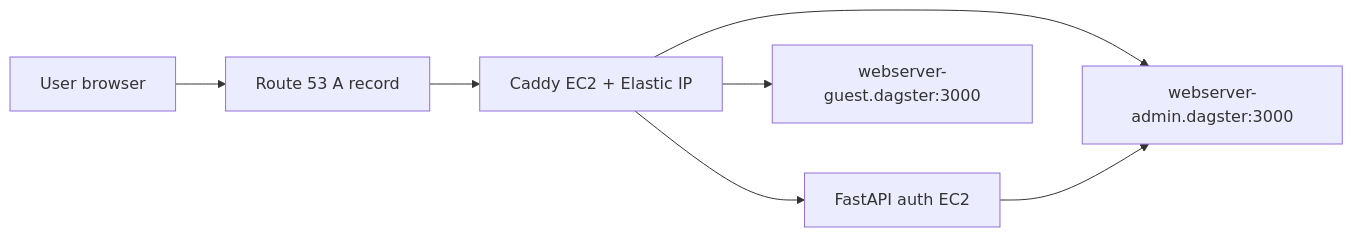
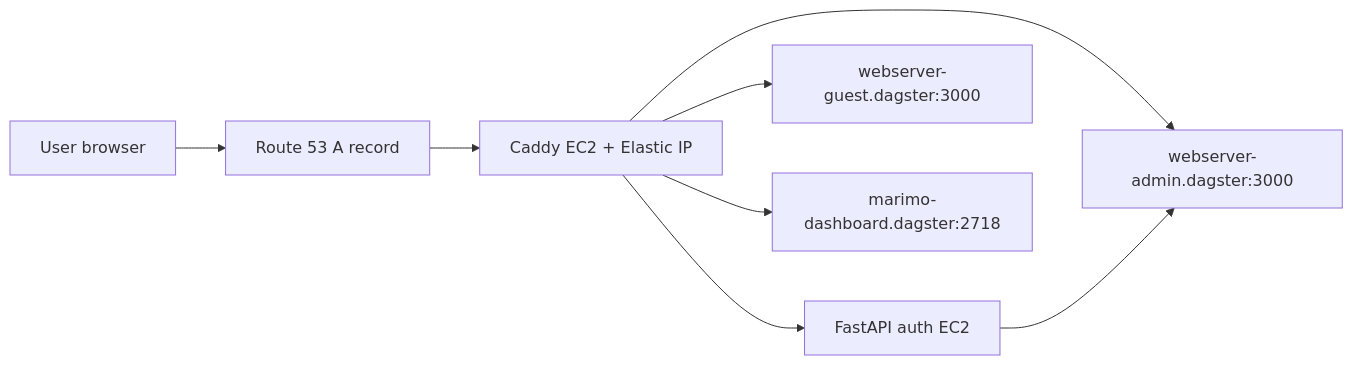
The first of 2 diagrams in infrastructure/aws-pulumi/docs/edge-and-access.md (Chr1sC0de/energy-market-delta-lake), drawn with Mermaid before and after one commit. The commit also changed other lines of this file and 44 other files, not shown here.

Commit message:
Deploy Marimo dashboard on AWS

````diff
--- a/infrastructure/aws-pulumi/docs/edge-and-access.md
+++ b/infrastructure/aws-pulumi/docs/edge-and-access.md
@@ -24,16 +25,18 @@
 ```mermaid
 flowchart LR
     USER[User browser]
     DNS[Route 53 A record]
     CADDY[Caddy EC2 + Elastic IP]
     AUTH[FastAPI auth EC2]
     ADMIN[webserver-admin.dagster:3000]
     GUEST[webserver-guest.dagster:3000]
+    MARIMO[marimo-dashboard.dagster:2718]
 
     USER --> DNS
     DNS --> CADDY
     CADDY --> AUTH
     CADDY --> ADMIN
     CADDY --> GUEST
+    CADDY --> MARIMO
     AUTH --> ADMIN
 ```
````
